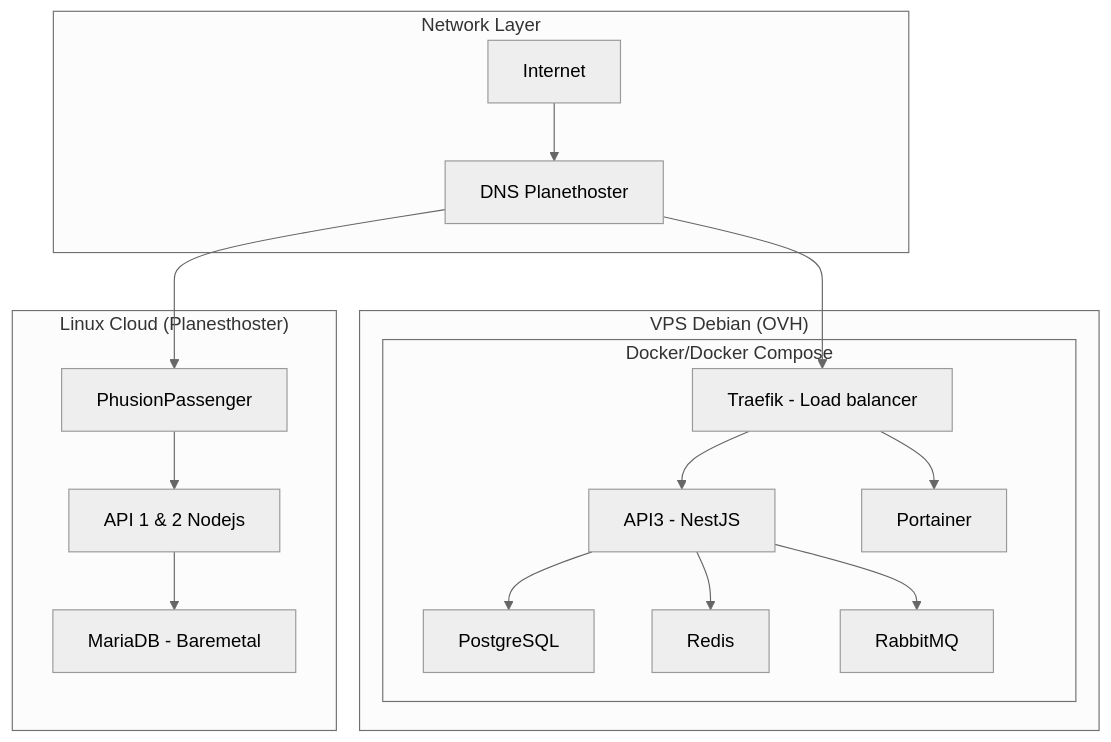
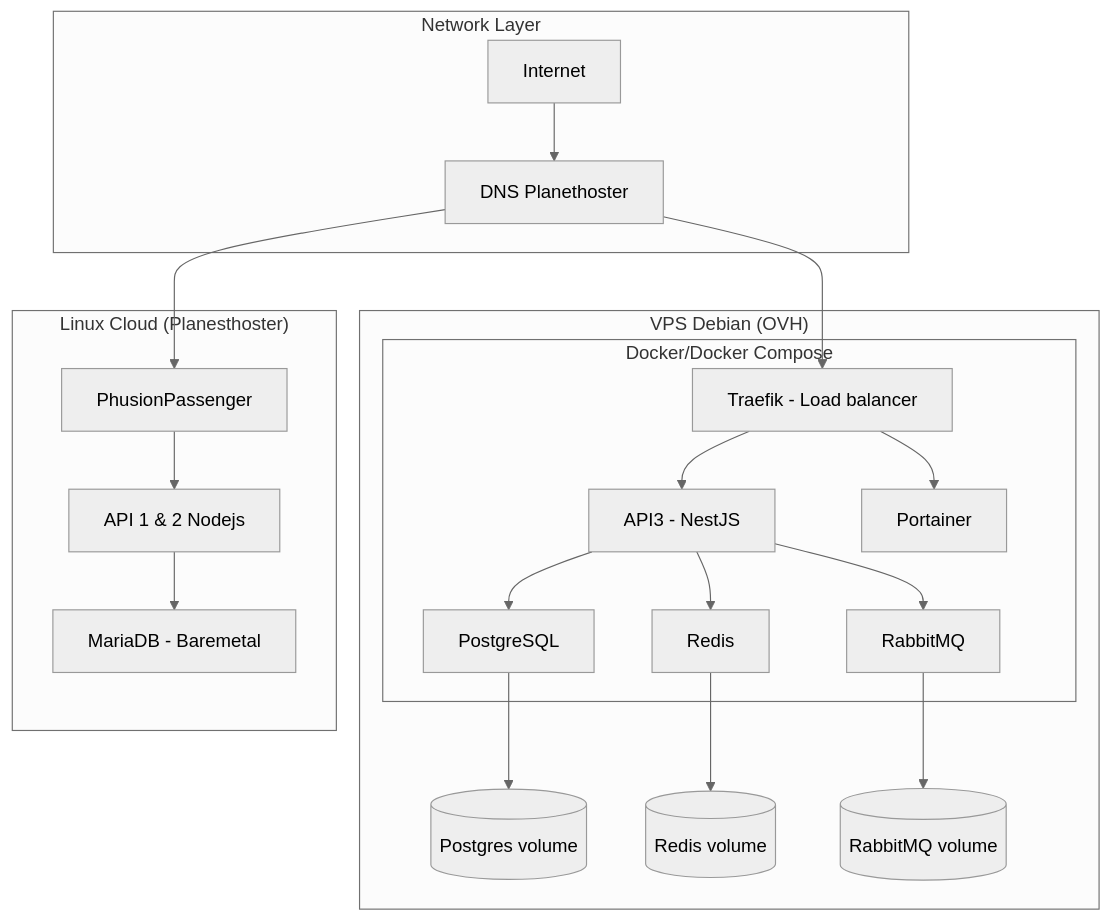
The first of 2 diagrams in readme.md (mcityscreations/mcs_api3), drawn with Mermaid (neutral theme) before and after one commit.

Commit message:
Readme update

````diff
--- a/readme.md
+++ b/readme.md
@@ -36,34 +36,40 @@
 ```mermaid
 graph TD
 
     subgraph "Network Layer"
         NT[Internet]
         DNS[DNS Planethoster]
         NT --> DNS
     end
     subgraph "VPS Debian (OVH)"
+        PGV[(Postgres volume)]
+        RDV[(Redis volume)]
+        RBV[(RabbitMQ volume)]
         subgraph "Docker/Docker Compose"
             TR[Traefik - Load balancer]
             AP[API3 - NestJS]
             PG[PostgreSQL]
             RD[Redis]
             RB[RabbitMQ]
             PT[Portainer]
             TR --> AP
             TR --> PT
             AP --> PG
             AP --> RD
             AP --> RB
         end
+        PG --> PGV
+        RD --> RDV
+        RB --> RBV
     end
     subgraph "Linux Cloud (Planesthoster)"
         PH[PhusionPassenger]
         NJ[API 1 & 2 Nodejs]
         MDB[MariaDB - Baremetal]
         PH --> NJ
         NJ --> MDB
     end
 
     DNS --> TR
     DNS --> PH
 ```
````
